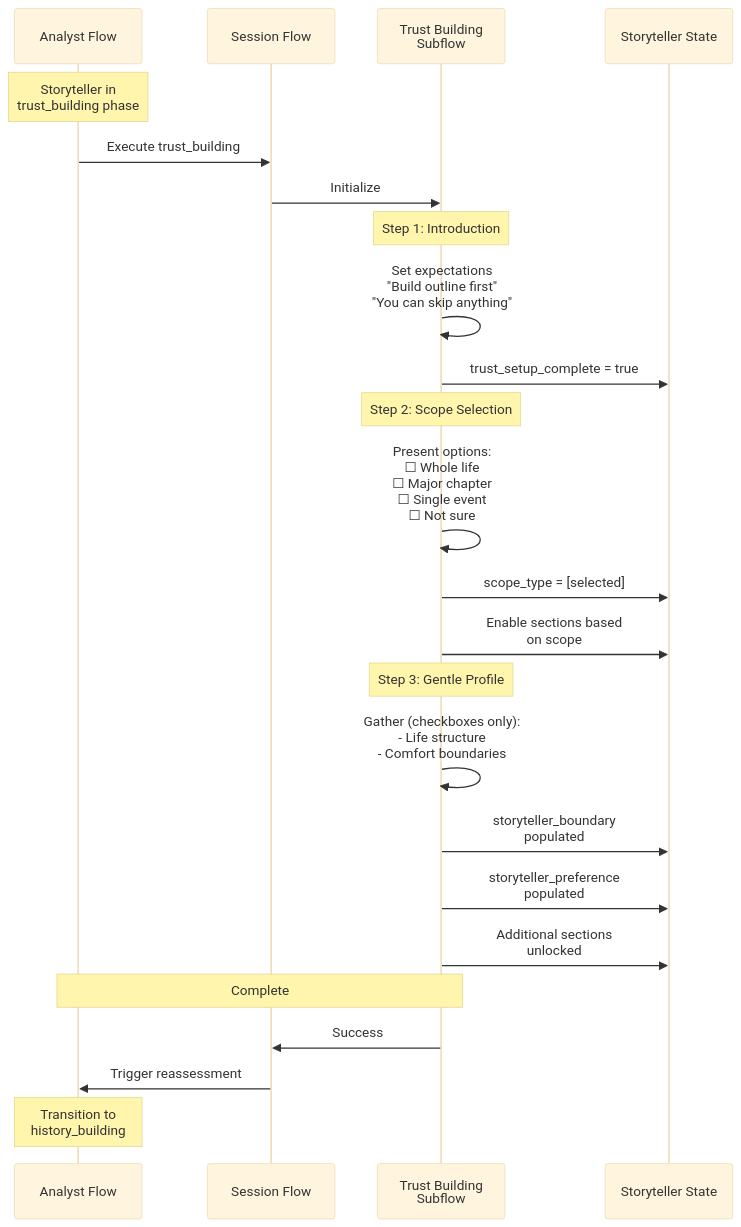
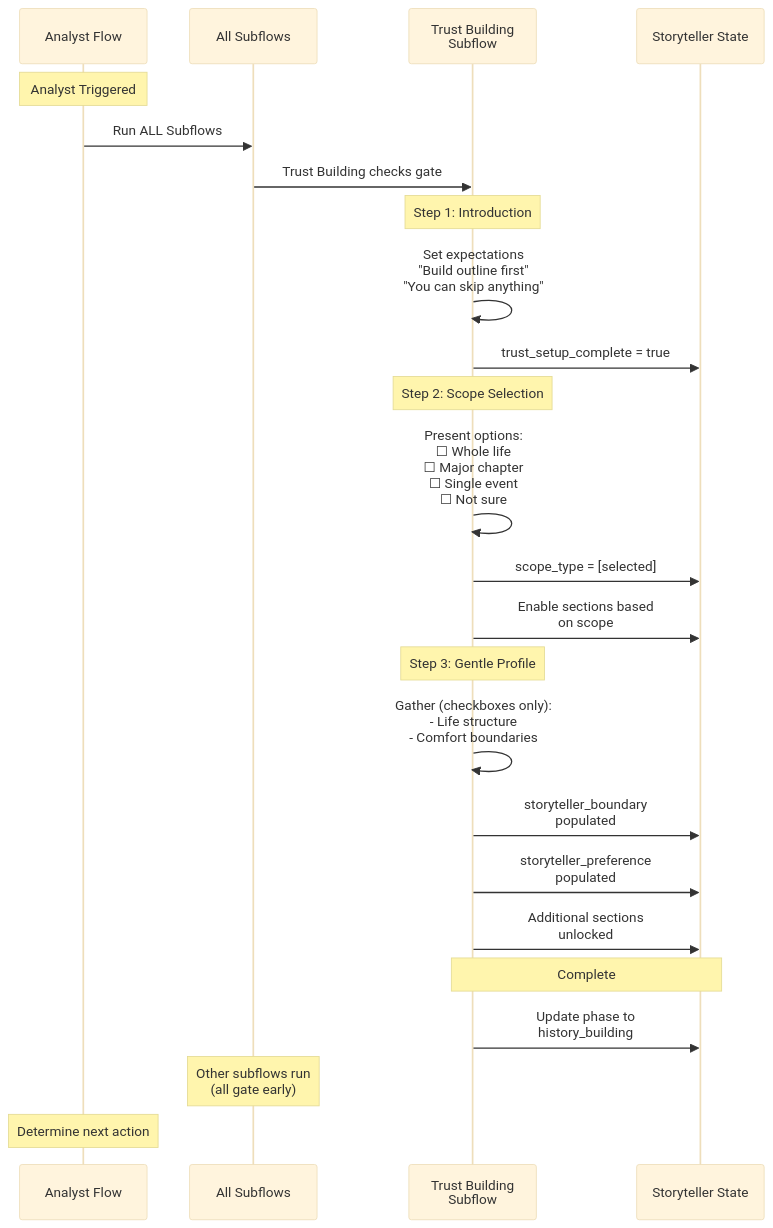
The ninth of 16 diagrams in ai_docs/context/workflows/flow_architecture_diagrams.md (J1Marcus/curling_pro), drawn with Mermaid (base theme) before and after one commit. The commit also changed other lines of this file and 7 other files, not shown here.

````diff
--- a/ai_docs/context/workflows/flow_architecture_diagrams.md
+++ b/ai_docs/context/workflows/flow_architecture_diagrams.md
@@ -378,32 +543,33 @@
 ```mermaid
 sequenceDiagram
     participant AF as Analyst Flow
-    participant SF as Session Flow
+    participant SW as All Subflows
     participant TB as Trust Building<br/>Subflow
     participant ST as Storyteller State
 
-    Note over AF: Storyteller in<br/>trust_building phase
-    AF->>SF: Execute trust_building
-    SF->>TB: Initialize
+    Note over AF: Analyst Triggered
+    AF->>SW: Run ALL Subflows
+    SW->>TB: Trust Building checks gate
 
     Note over TB: Step 1: Introduction
     TB->>TB: Set expectations<br/>"Build outline first"<br/>"You can skip anything"
     TB->>ST: trust_setup_complete = true
 
     Note over TB: Step 2: Scope Selection
     TB->>TB: Present options:<br/>☐ Whole life<br/>☐ Major chapter<br/>☐ Single event<br/>☐ Not sure
     TB->>ST: scope_type = [selected]
     TB->>ST: Enable sections based<br/>on scope
 
     Note over TB: Step 3: Gentle Profile
     TB->>TB: Gather (checkboxes only):<br/>- Life structure<br/>- Comfort boundaries
     TB->>ST: storyteller_boundary<br/>populated
     TB->>ST: storyteller_preference<br/>populated
     TB->>ST: Additional sections<br/>unlocked
 
-    Note over TB,AF: Complete
-    TB->>SF: Success
-    SF->>AF: Trigger reassessment
+    Note over TB,ST: Complete
+    TB->>ST: Update phase to<br/>history_building
 
-    Note over AF: Transition to<br/>history_building
+    Note over SW: Other subflows run<br/>(all gate early)
+
+    Note over AF: Determine next action
 ```
````
